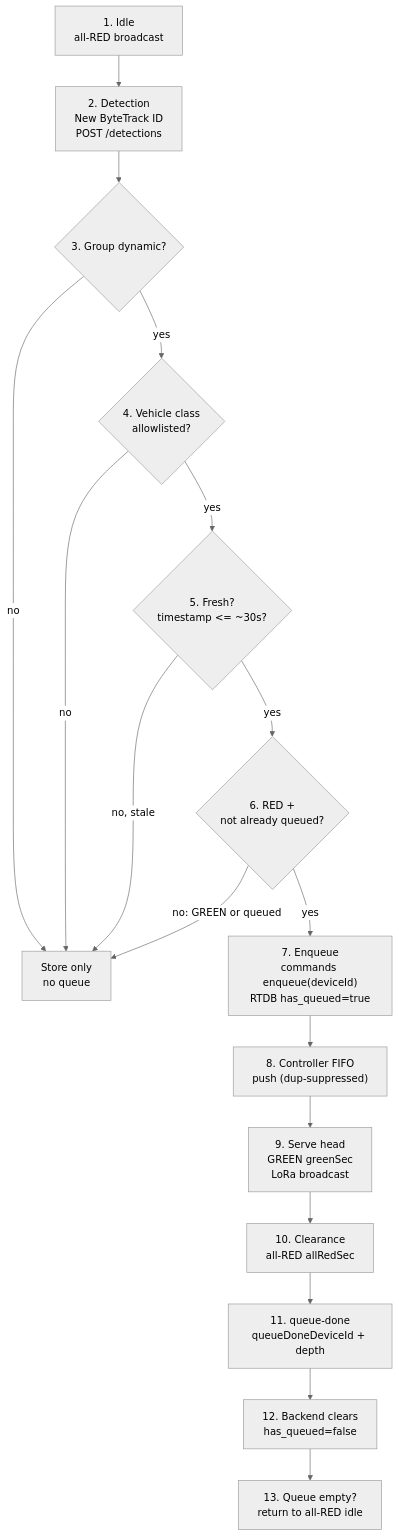
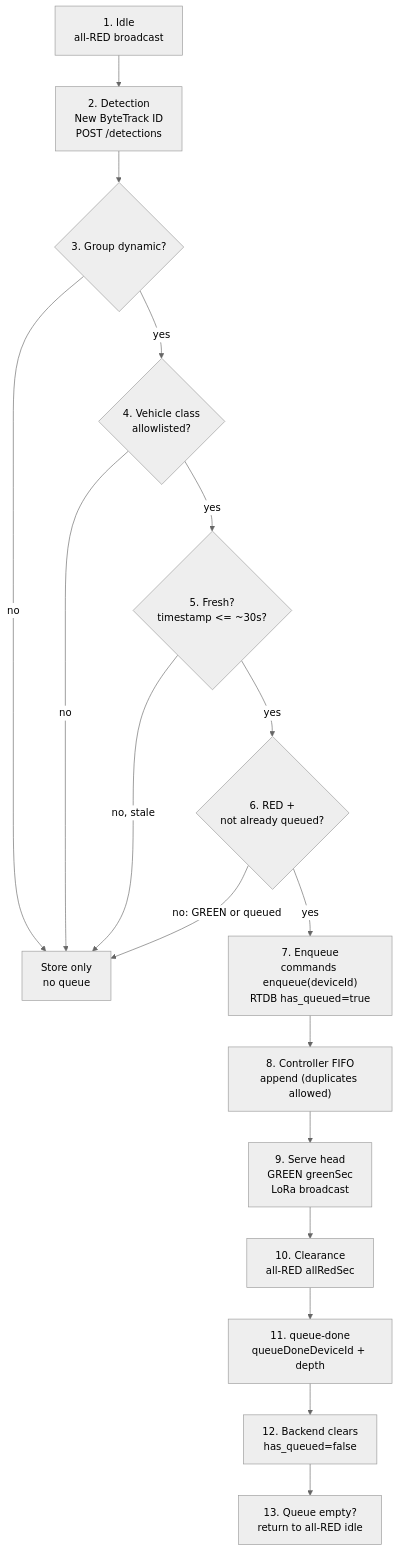
Before and after one commit to vclane/vclane-docs: the third of 4 diagrams in docs/traffic-controller.md, drawn with Mermaid (neutral theme). The commit also changed other lines of this file and 9 other files, not shown here.

````diff
--- a/docs/traffic-controller.md
+++ b/docs/traffic-controller.md
@@ -180,27 +182,27 @@
 ```mermaid
 flowchart TB
     IDLE0["1. Idle<br/>all-RED broadcast"]
     DET["2. Detection<br/>New ByteTrack ID<br/>POST /detections"]
     G1{"3. Group dynamic?"}
     G2{"4. Vehicle class<br/>allowlisted?"}
     G3{"5. Fresh?<br/>timestamp <= ~30s?"}
     G4{"6. RED +<br/>not already queued?"}
     DROP["Store only<br/>no queue"]
     ENQ["7. Enqueue<br/>commands enqueue(deviceId)<br/>RTDB has_queued=true"]
-    PUSH["8. Controller FIFO<br/>push (dup-suppressed)"]
+    PUSH["8. Controller FIFO<br/>append (duplicates allowed)"]
     GREEN["9. Serve head<br/>GREEN greenSec<br/>LoRa broadcast"]
     CLEAR["10. Clearance<br/>all-RED allRedSec"]
     QDONE["11. queue-done<br/>queueDoneDeviceId + depth"]
     CLEARED["12. Backend clears<br/>has_queued=false"]
     IDLE1["13. Queue empty?<br/>return to all-RED idle"]
     IDLE0 --> DET --> G1
     G1 -- yes --> G2
     G1 -- no --> DROP
     G2 -- yes --> G3
     G2 -- no --> DROP
     G3 -- yes --> G4
     G3 -- no, stale --> DROP
     G4 -- yes --> ENQ
     G4 -- no: GREEN or queued --> DROP
     ENQ --> PUSH --> GREEN --> CLEAR --> QDONE --> CLEARED --> IDLE1
 ```
````
